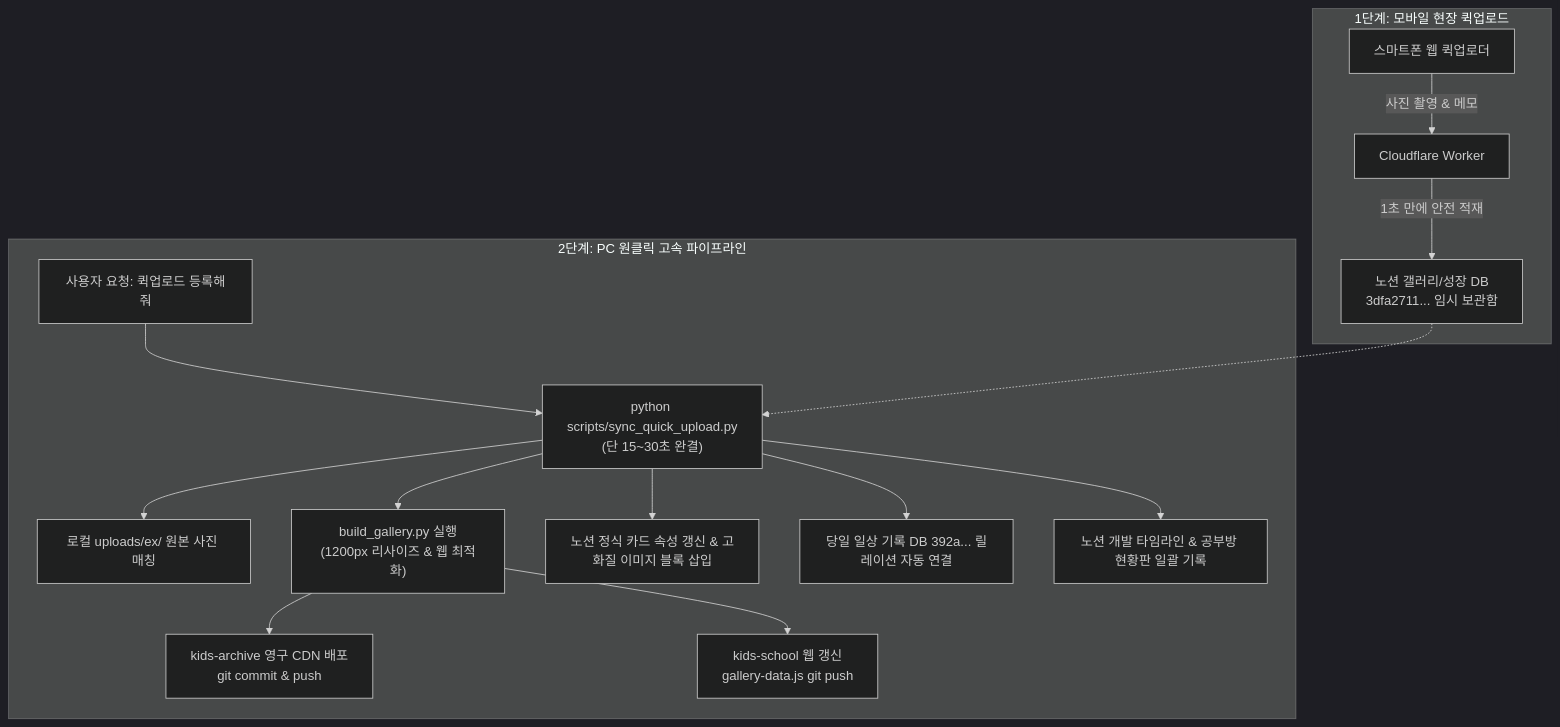
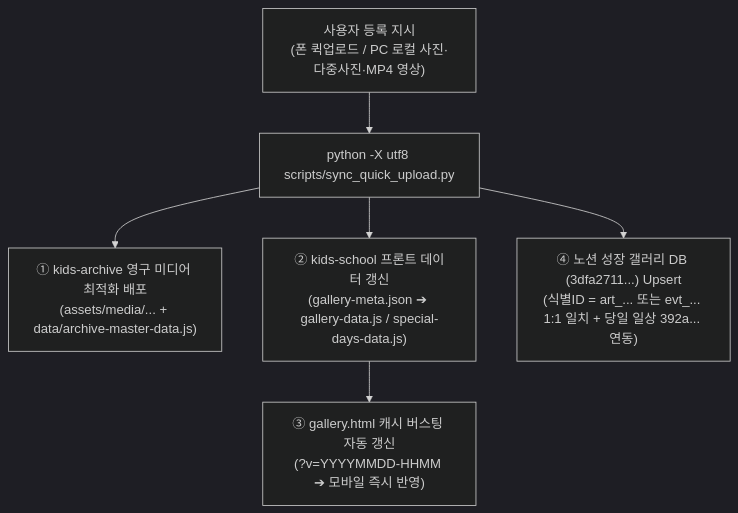
Before and after one commit to awslike6-web/kids-school: the diagram in docs/gallery_archive_spec.md, drawn with Mermaid (dark theme). The commit also changed other lines of this file and 4 other files, not shown here.

Commit message:
docs(gallery): 단발성 스크립트 금지 및 등록 명세서(gallery_archive_spec v2.2) 라우팅 강화

````diff
--- a/docs/gallery_archive_spec.md
+++ b/docs/gallery_archive_spec.md
@@ -14,20 +23,8 @@
 ```mermaid
 flowchart TD
-    subgraph Mobile [1단계: 모바일 현장 퀵업로드]
-        A[스마트폰 웹 퀵업로더] -->|사진 촬영 & 메모| B[Cloudflare Worker]
-        B -->|1초 만에 안전 적재| C[노션 갤러리/성장 DB<br>3dfa2711... 임시 보관함]
-    end
-
-    subgraph PC [2단계: PC 원클릭 고속 파이프라인]
-        D[사용자 요청: 퀵업로드 등록해줘] --> E["python scripts/sync_quick_upload.py<br>(단 15~30초 완결)"]
-        E --> F[로컬 uploads/ex/ 원본 사진 매칭]
-        E --> G["build_gallery.py 실행<br>(1200px 리사이즈 & 웹 최적화)"]
-        G --> H[kids-archive 영구 CDN 배포<br>git commit & push]
-        G --> I[kids-school 웹 갱신<br>gallery-data.js git push]
-        E --> J[노션 정식 카드 속성 갱신 & 고화질 이미지 블록 삽입]
-        E --> K[당일 일상 기록 DB 392a... 릴레이션 자동 연결]
-        E --> L[노션 개발 타임라인 & 공부방 현황판 일괄 기록]
-    end
-
-    C -.-> E
+    A["사용자 등록 지시<br>(폰 퀵업로드 / PC 로컬 사진·다중사진·MP4 영상)"] --> B["python -X utf8 scripts/sync_quick_upload.py"]
+    B --> C["① kids-archive 영구 미디어 최적화 배포<br>(assets/media/... + data/archive-master-data.js)"]
+    B --> D["② kids-school 프론트 데이터 갱신<br>(gallery-meta.json ➔ gallery-data.js / special-days-data.js)"]
+    D --> E["③ gallery.html 캐시 버스팅 자동 갱신<br>(?v=YYYYMMDD-HHMM ➔ 모바일 즉시 반영)"]
+    B --> F["④ 노션 성장 갤러리 DB (3dfa2711...) Upsert<br>(식별ID = art_... 또는 evt_... 1:1 일치 + 당일 일상 392a... 연동)"]
 ```
````
